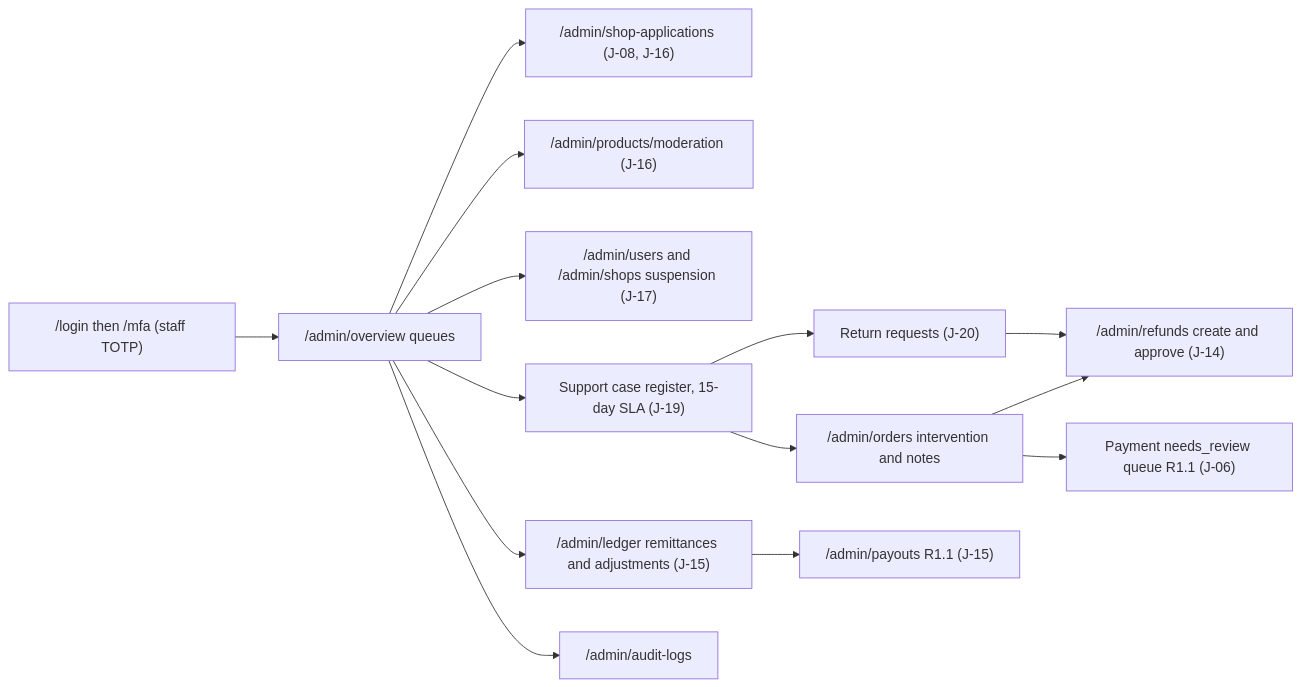
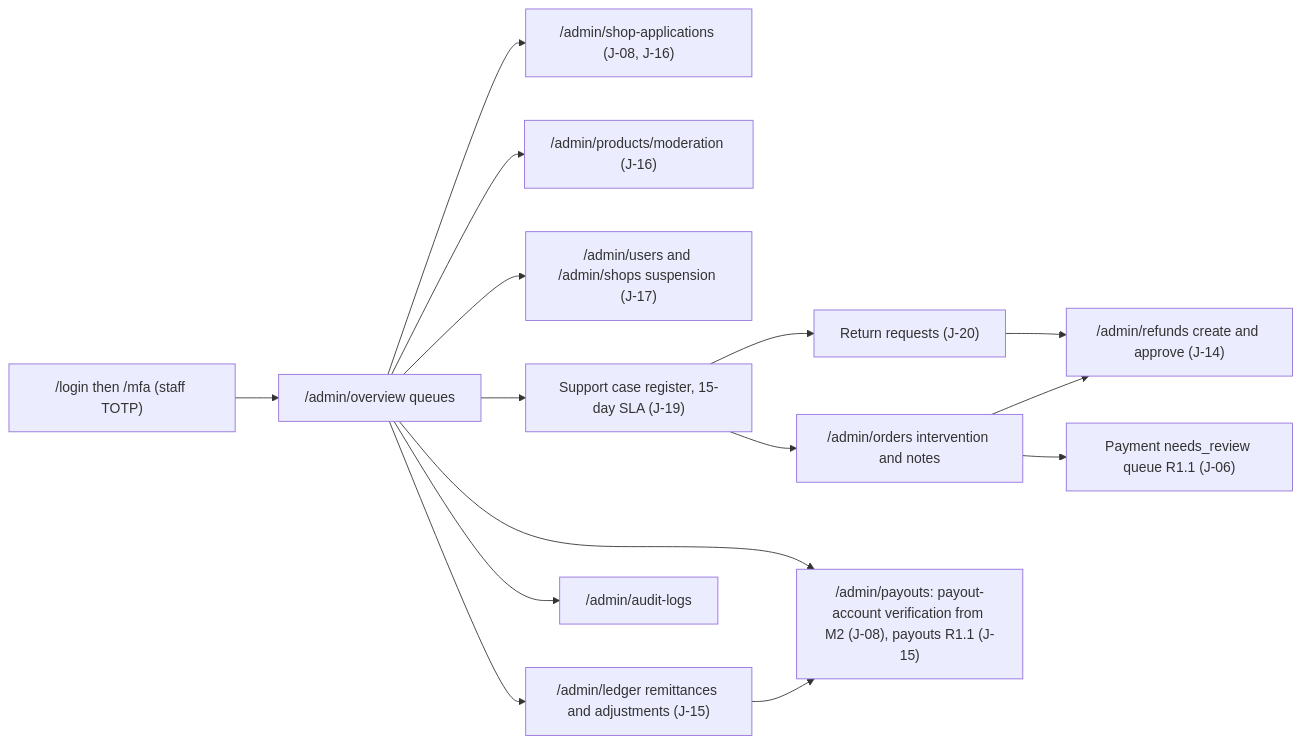
Before and after one commit to harublank0-0/drip-nepal: the third of 6 diagrams in docs/02-user-journeys-and-acceptance-criteria.md, drawn with Mermaid. The commit also changed other lines of this file and 23 other files, not shown here.

````diff
--- a/docs/02-user-journeys-and-acceptance-criteria.md
+++ b/docs/02-user-journeys-and-acceptance-criteria.md
@@ -202,16 +202,17 @@
 ```mermaid
 flowchart LR
   MFA["/login then /mfa (staff TOTP)"] --> AO["/admin/overview queues"]
   AO --> SA["/admin/shop-applications (J-08, J-16)"]
   AO --> PM["/admin/products/moderation (J-16)"]
   AO --> AU["/admin/users and /admin/shops suspension (J-17)"]
   AO --> SUP["Support case register, 15-day SLA (J-19)"]
   SUP --> RET["Return requests (J-20)"]
   SUP --> AOR["/admin/orders intervention and notes"]
   RET --> RF["/admin/refunds create and approve (J-14)"]
   AOR --> RF
   AOR --> NR["Payment needs_review queue R1.1 (J-06)"]
   AO --> LED["/admin/ledger remittances and adjustments (J-15)"]
-  LED --> PAY["/admin/payouts R1.1 (J-15)"]
+  AO --> PAY["/admin/payouts: payout-account verification from M2 (J-08), payouts R1.1 (J-15)"]
+  LED --> PAY
   AO --> AL["/admin/audit-logs"]
 ```
````
